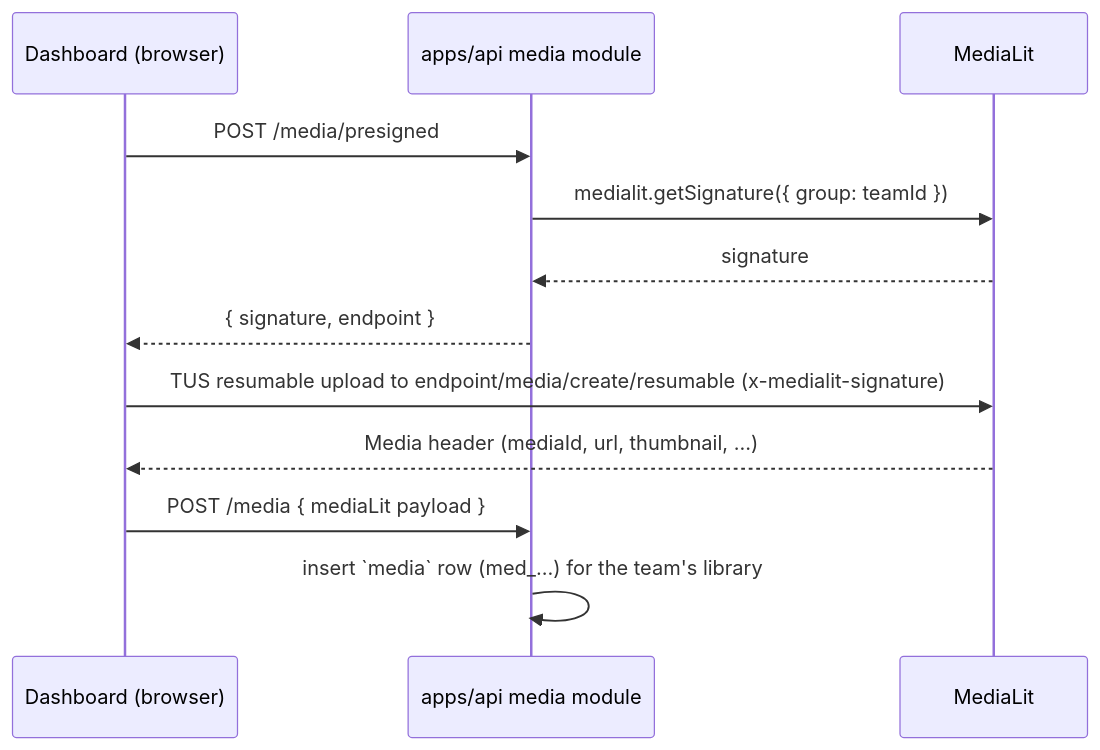
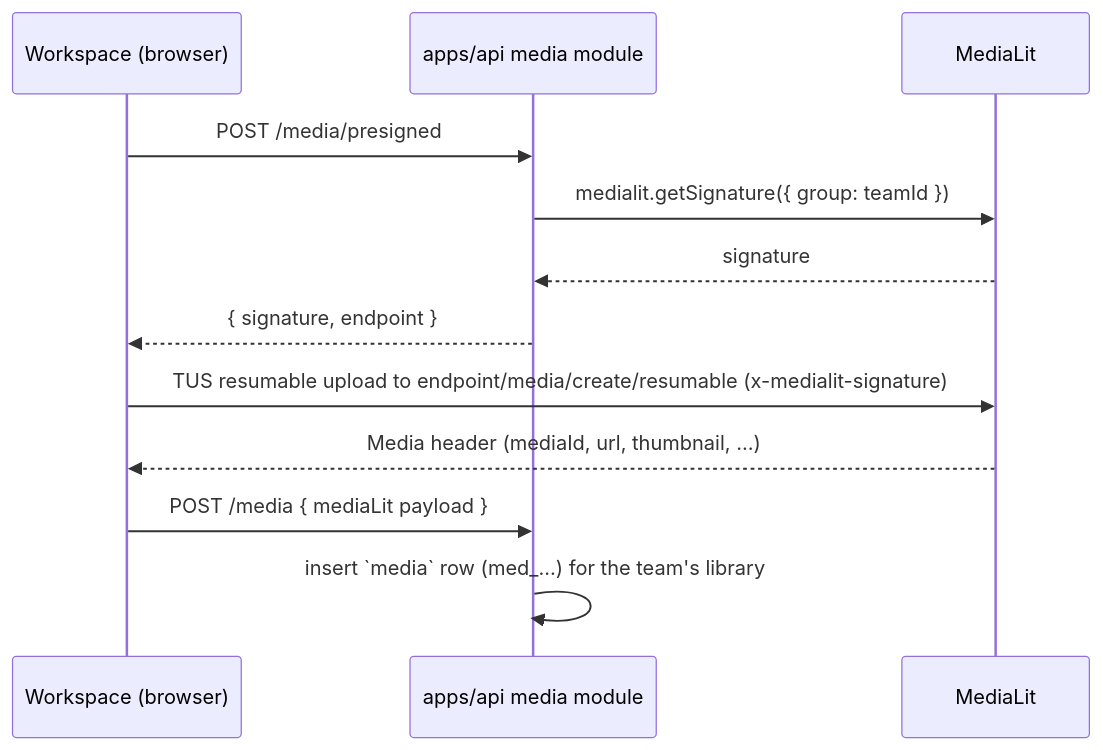
Before and after one commit to codelitdev/frontlit: the third of 3 diagrams in docs/architecture.md, drawn with Mermaid. The commit also changed other lines of this file and 277 other files, not shown here.

````diff
--- a/docs/architecture.md
+++ b/docs/architecture.md
@@ -574,15 +661,15 @@
 ```mermaid
 sequenceDiagram
-    participant B as Dashboard (browser)
+    participant B as Workspace (browser)
     participant A as apps/api media module
     participant M as MediaLit
 
     B->>A: POST /media/presigned
     A->>M: medialit.getSignature({ group: teamId })
     M-->>A: signature
     A-->>B: { signature, endpoint }
     B->>M: TUS resumable upload to endpoint/media/create/resumable (x-medialit-signature)
     M-->>B: Media header (mediaId, url, thumbnail, …)
     B->>A: POST /media { mediaLit payload }
     A->>A: insert `media` row (med_…) for the team's library
 ```
````
